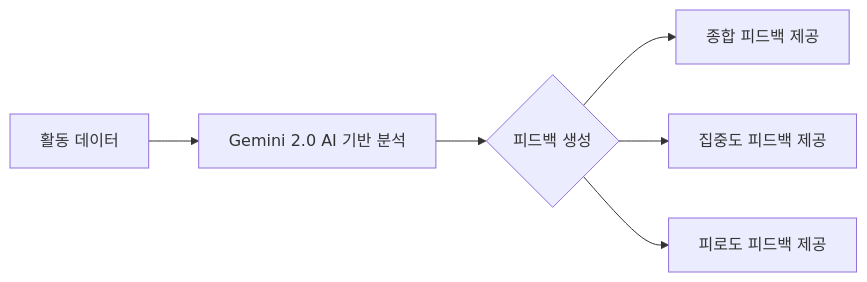
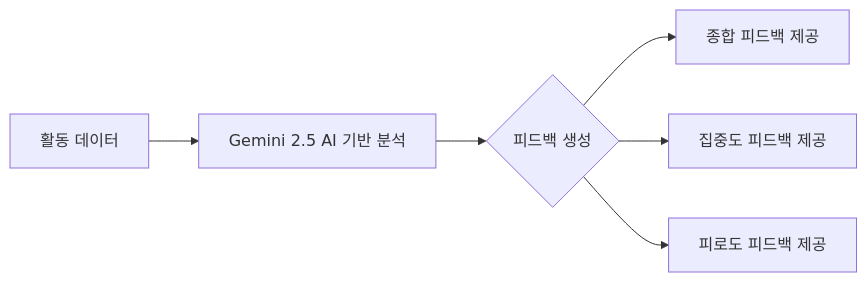
The seventh of 13 diagrams in docs/web-dashboard.md (igoobo/Force-Focus), drawn with Mermaid before and after one commit. The commit also changed other lines of this file, not shown here.

````diff
--- a/docs/web-dashboard.md
+++ b/docs/web-dashboard.md
@@ -324,8 +324,8 @@
 ```mermaid
 graph LR
-    A[활동 데이터] --> B[Gemini 2.0 AI 기반 분석]
+    A[활동 데이터] --> B[Gemini 2.5 AI 기반 분석]
     B --> C{피드백 생성}
     C --> D[종합 피드백 제공]
     C --> E[집중도 피드백 제공]
     C --> F[피로도 피드백 제공]
 ```
````
